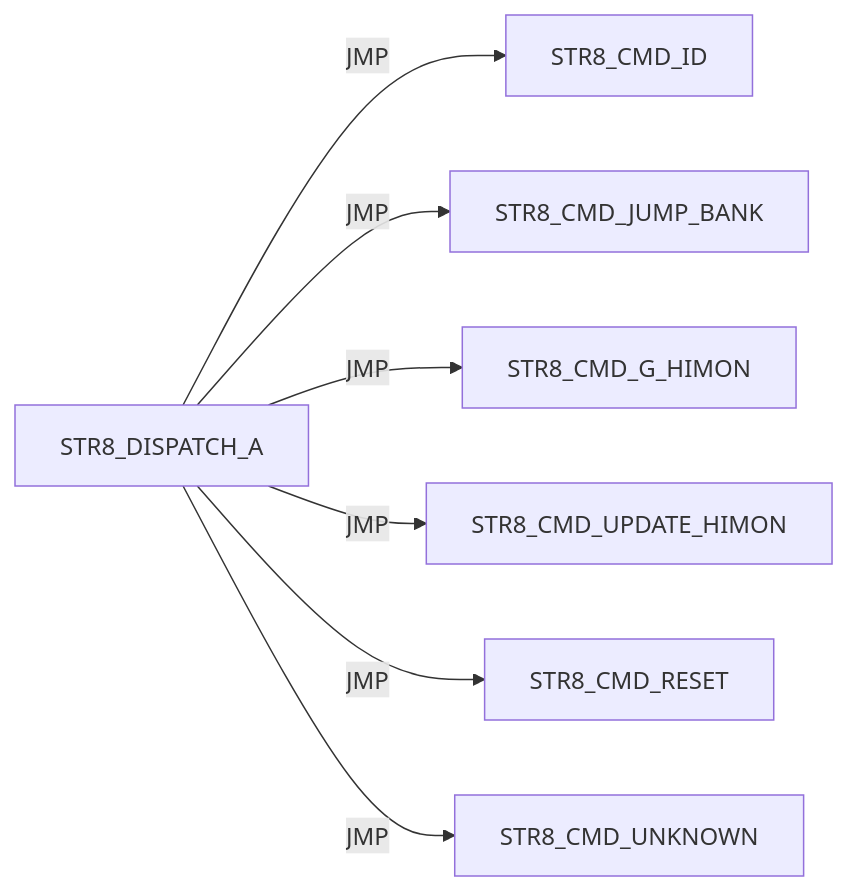
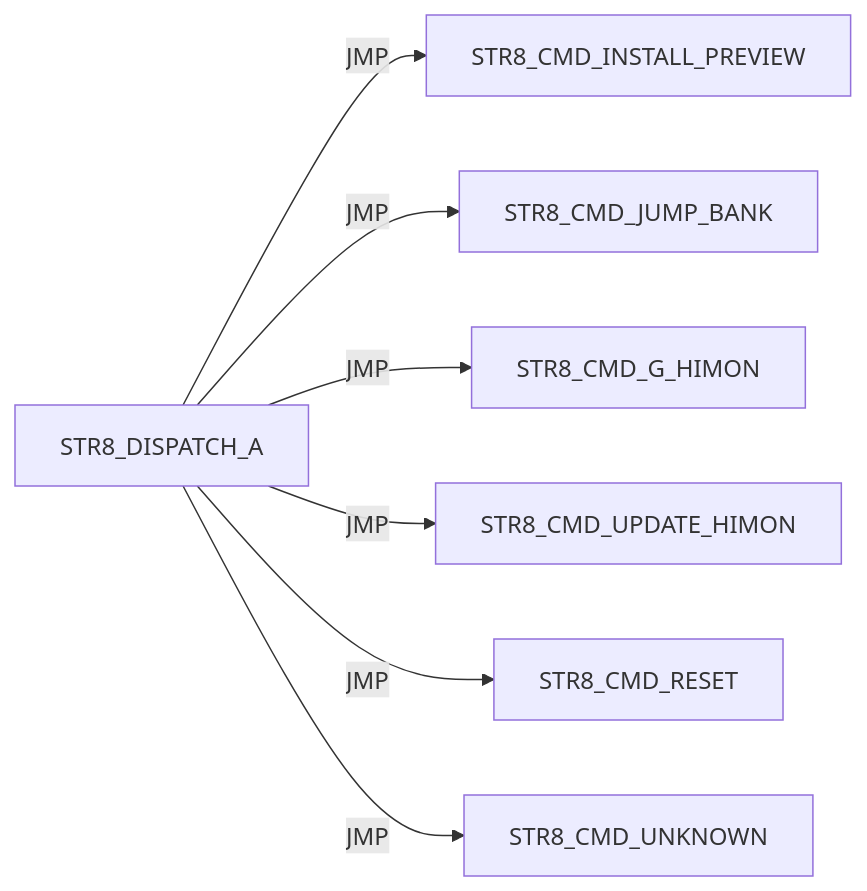
One commit to 95westus/R-YORS changed diagram 14 of 41 in DOC/GUIDES/STR8/STR8_EDGE_DUMP.md. Above: the diagram before and after it, drawn with Mermaid. The commit also changed other lines of this file and 40 other files, not shown here.

````diff
--- a/DOC/GUIDES/STR8/STR8_EDGE_DUMP.md
+++ b/DOC/GUIDES/STR8/STR8_EDGE_DUMP.md
@@ -160,9 +187,9 @@
 ```mermaid
 flowchart LR
-    N0["STR8_DISPATCH_A"] -->|JMP| N1["STR8_CMD_ID"]
+    N0["STR8_DISPATCH_A"] -->|JMP| N1["STR8_CMD_INSTALL_PREVIEW"]
     N0["STR8_DISPATCH_A"] -->|JMP| N2["STR8_CMD_JUMP_BANK"]
     N0["STR8_DISPATCH_A"] -->|JMP| N3["STR8_CMD_G_HIMON"]
     N0["STR8_DISPATCH_A"] -->|JMP| N4["STR8_CMD_UPDATE_HIMON"]
     N0["STR8_DISPATCH_A"] -->|JMP| N5["STR8_CMD_RESET"]
     N0["STR8_DISPATCH_A"] -->|JMP| N6["STR8_CMD_UNKNOWN"]
 ```
````
